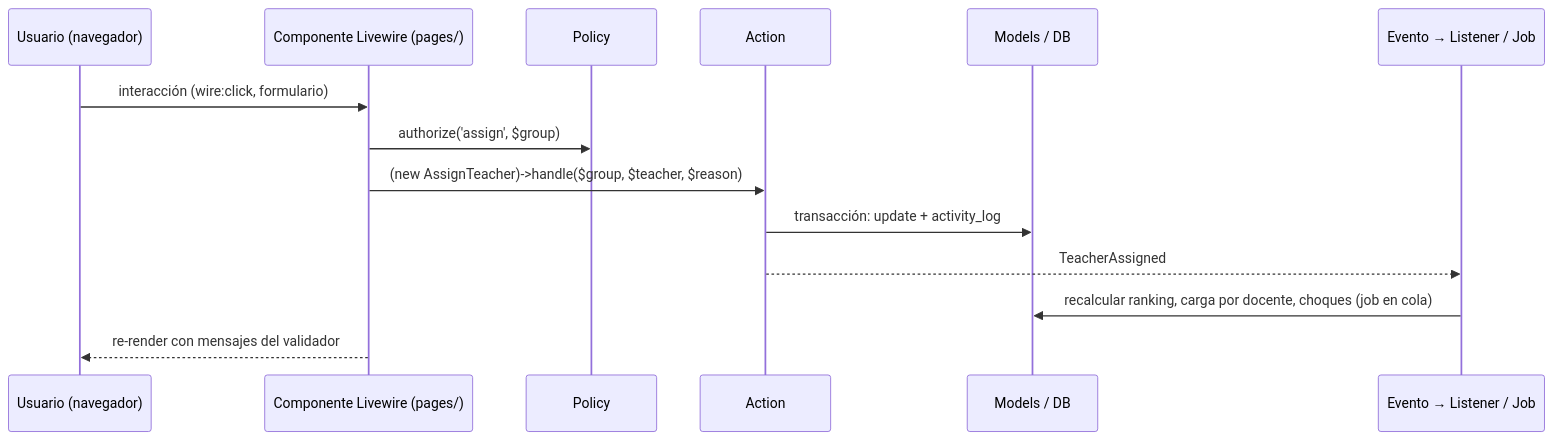
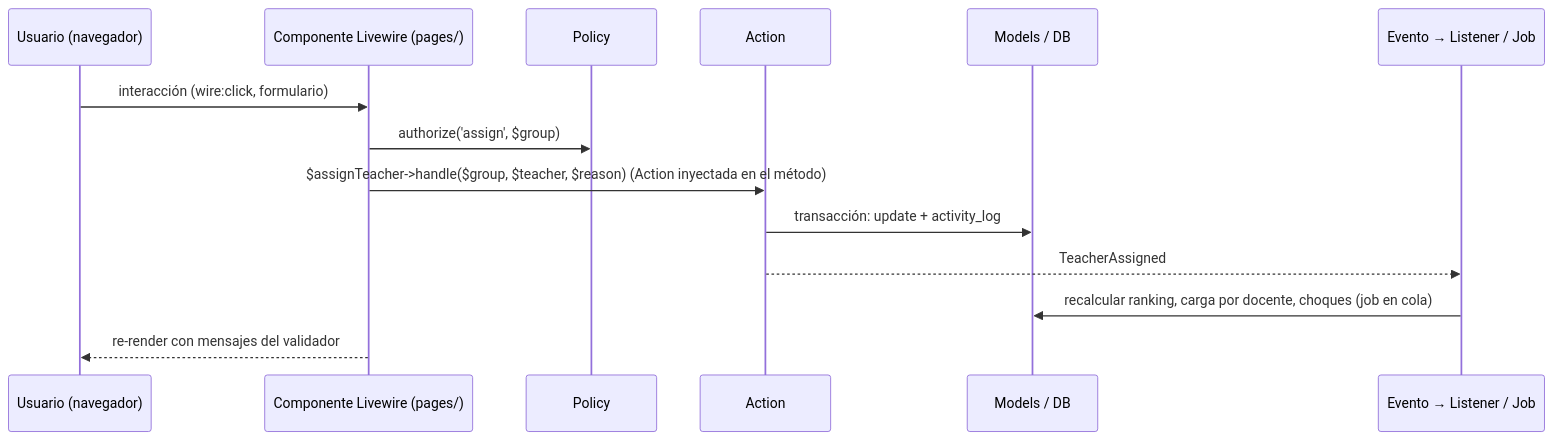
Before and after one commit to Erne1357/nexus: the diagram in docs/arquitectura/arquitectura.md, drawn with Mermaid. The commit also changed other lines of this file, not shown here.

First line of the commit message:
docs(arch): align the architecture guide with the reference code

````diff
--- a/docs/arquitectura/arquitectura.md
+++ b/docs/arquitectura/arquitectura.md
@@ -117,16 +119,16 @@
 ```mermaid
 sequenceDiagram
     participant U as Usuario (navegador)
     participant L as Componente Livewire (pages/)
     participant P as Policy
     participant A as Action
     participant M as Models / DB
     participant E as Evento → Listener / Job
     U->>L: interacción (wire:click, formulario)
     L->>P: authorize('assign', $group)
-    L->>A: (new AssignTeacher)->handle($group, $teacher, $reason)
+    L->>A: $assignTeacher->handle($group, $teacher, $reason) (Action inyectada en el método)
     A->>M: transacción: update + activity_log
     A-->>E: TeacherAssigned
     E->>M: recalcular ranking, carga por docente, choques (job en cola)
     L-->>U: re-render con mensajes del validador
 ```
````
